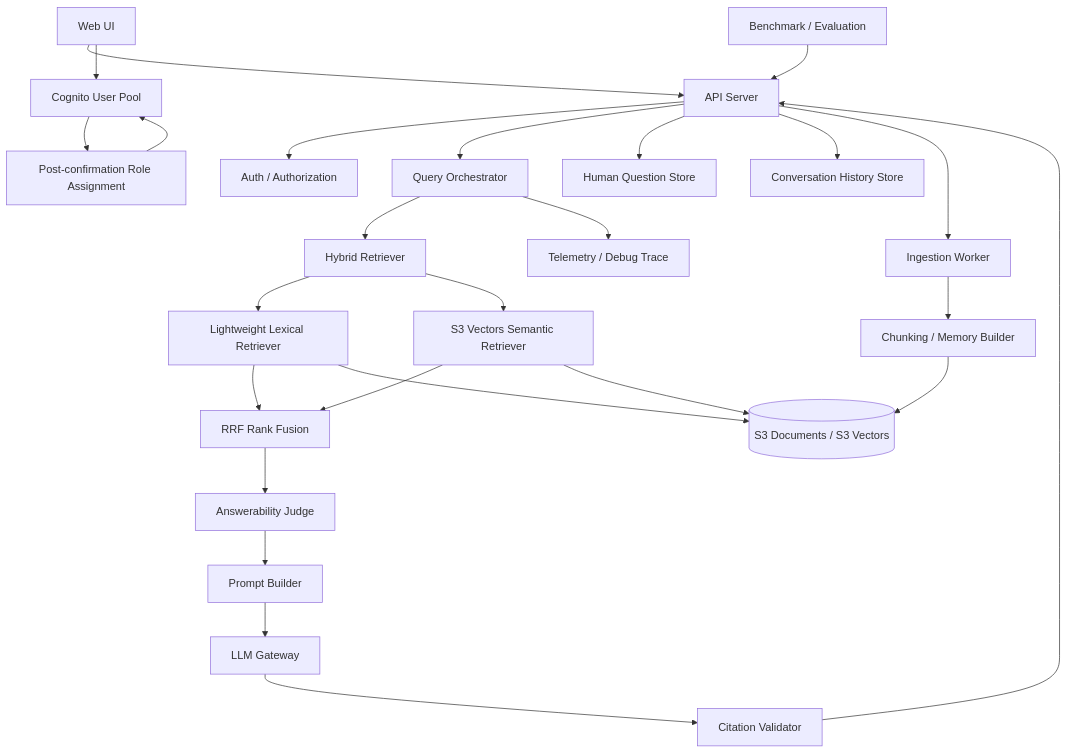
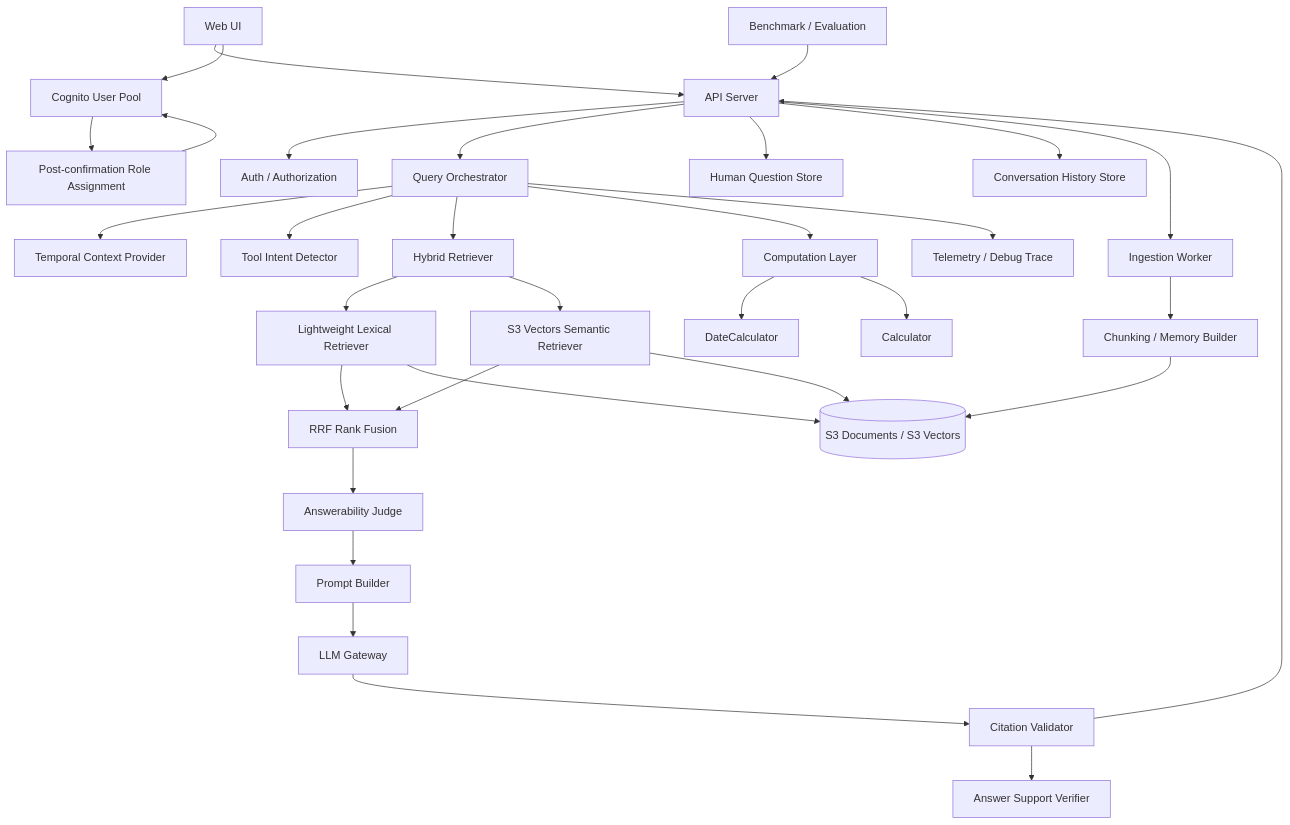
Before and after one commit to tsuji-tomonori/rag-assist: the first of 2 diagrams in memorag-bedrock-mvp/docs/2_アーキテクチャ_ARC/11_ビュー_VIEW/ARC_VIEW_001.md, drawn with Mermaid. The commit also changed other lines of this file and 19 other files, not shown here.

````diff
--- a/memorag-bedrock-mvp/docs/2_アーキテクチャ_ARC/11_ビュー_VIEW/ARC_VIEW_001.md
+++ b/memorag-bedrock-mvp/docs/2_アーキテクチャ_ARC/11_ビュー_VIEW/ARC_VIEW_001.md
@@ -18,50 +18,62 @@
 ```mermaid
 flowchart TB
   Web[Web UI]
   Cognito[Cognito User Pool]
   SignupRole[Post-confirmation Role Assignment]
   Api[API Server]
   Auth[Auth / Authorization]
   Orchestrator[Query Orchestrator]
+  Temporal[Temporal Context Provider]
+  ToolIntent[Tool Intent Detector]
   Retriever[Hybrid Retriever]
   Lexical[Lightweight Lexical Retriever]
   Semantic[S3 Vectors Semantic Retriever]
   Fusion[RRF Rank Fusion]
+  Compute[Computation Layer]
+  DateCalc[DateCalculator]
+  Calculator[Calculator]
   Judge[Answerability Judge]
   Prompt[Prompt Builder]
   Llm[LLM Gateway]
   Citation[Citation Validator]
+  Support[Answer Support Verifier]
   Eval[Benchmark / Evaluation]
   Trace[Telemetry / Debug Trace]
   Questions[Human Question Store]
   History[Conversation History Store]
   Ingest[Ingestion Worker]
   Chunk[Chunking / Memory Builder]
   Store[(S3 Documents / S3 Vectors)]
 
   Web --> Api
   Web --> Cognito
   Cognito --> SignupRole
   SignupRole --> Cognito
   Api --> Auth
   Api --> Orchestrator
+  Orchestrator --> Temporal
+  Orchestrator --> ToolIntent
   Orchestrator --> Retriever
   Retriever --> Lexical
   Retriever --> Semantic
   Lexical --> Fusion
   Semantic --> Fusion
   Fusion --> Judge
+  Orchestrator --> Compute
+  Compute --> DateCalc
+  Compute --> Calculator
   Judge --> Prompt
   Prompt --> Llm
   Llm --> Citation
+  Citation --> Support
   Citation --> Api
   Orchestrator --> Trace
   Api --> Questions
   Api --> History
   Eval --> Api
   Api --> Ingest
   Ingest --> Chunk
   Chunk --> Store
   Lexical --> Store
   Semantic --> Store
 ```
````
